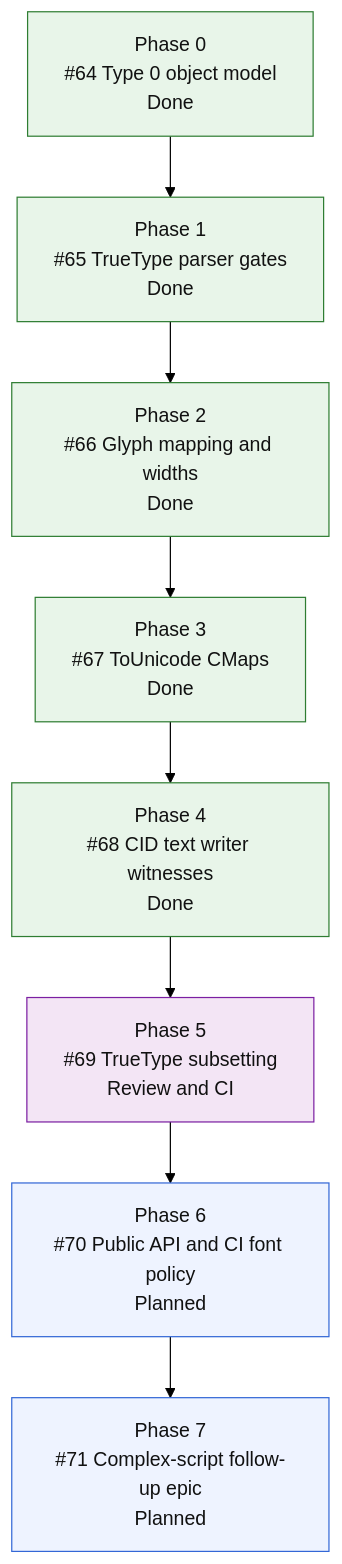
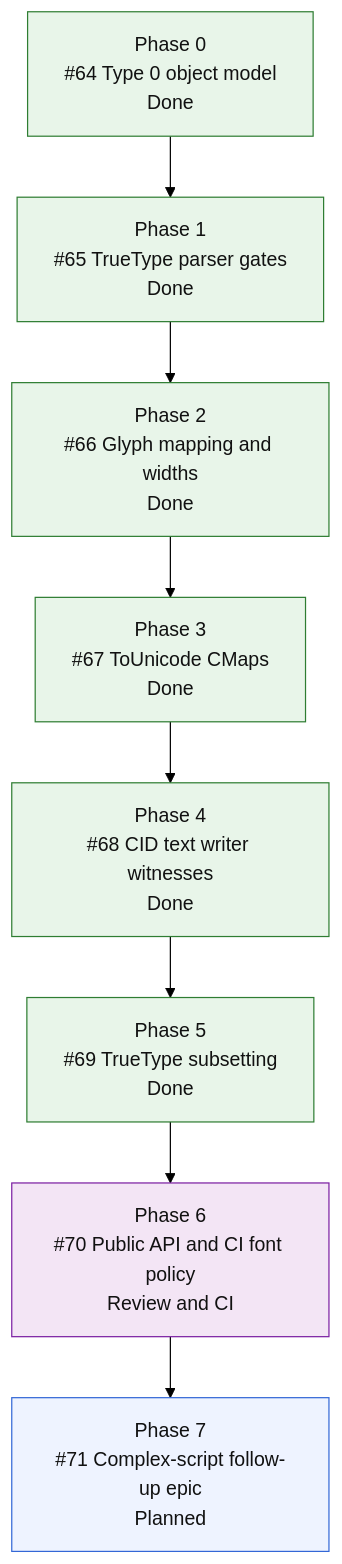
One commit to mihaelamj/MarkdownPDF changed the third of 3 diagrams in README.md. Above: the diagram before and after it, drawn with Mermaid (forest theme). The commit also changed other lines of this file and 13 other files, not shown here.

First line of the commit message:
feat(fonts): add embedded font public API

````diff
--- a/README.md
+++ b/README.md
@@ -243,22 +271,22 @@
 ```mermaid
 flowchart TD
     E0["Phase 0<br/>#64 Type 0 object model<br/>Done"]
     E1["Phase 1<br/>#65 TrueType parser gates<br/>Done"]
     E2["Phase 2<br/>#66 Glyph mapping and widths<br/>Done"]
     E3["Phase 3<br/>#67 ToUnicode CMaps<br/>Done"]
     E4["Phase 4<br/>#68 CID text writer witnesses<br/>Done"]
-    E5["Phase 5<br/>#69 TrueType subsetting<br/>Review and CI"]
-    E6["Phase 6<br/>#70 Public API and CI font policy<br/>Planned"]
+    E5["Phase 5<br/>#69 TrueType subsetting<br/>Done"]
+    E6["Phase 6<br/>#70 Public API and CI font policy<br/>Review and CI"]
     E7["Phase 7<br/>#71 Complex-script follow-up epic<br/>Planned"]
 
     E0 --> E1 --> E2 --> E3 --> E4 --> E5 --> E6 --> E7
 
     classDef done fill:#e8f5e9,stroke:#2e7d32,color:#111;
     classDef active fill:#e3f2fd,stroke:#1565c0,color:#111;
     classDef review fill:#f3e5f5,stroke:#7b1fa2,color:#111;
     classDef next fill:#fff8e1,stroke:#f9a825,color:#111;
     classDef todo fill:#eef3ff,stroke:#3367d6,color:#111;
-    class E0,E1,E2,E3,E4 done;
-    class E5 review;
-    class E6,E7 todo;
+    class E0,E1,E2,E3,E4,E5 done;
+    class E6 review;
+    class E7 todo;
 ```
````
